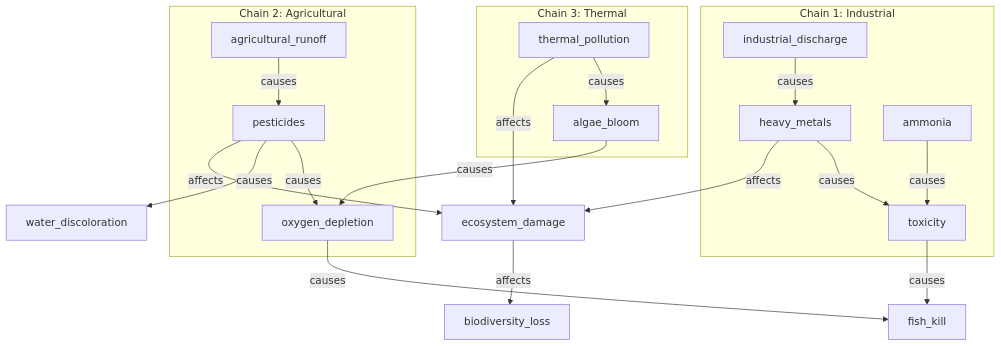
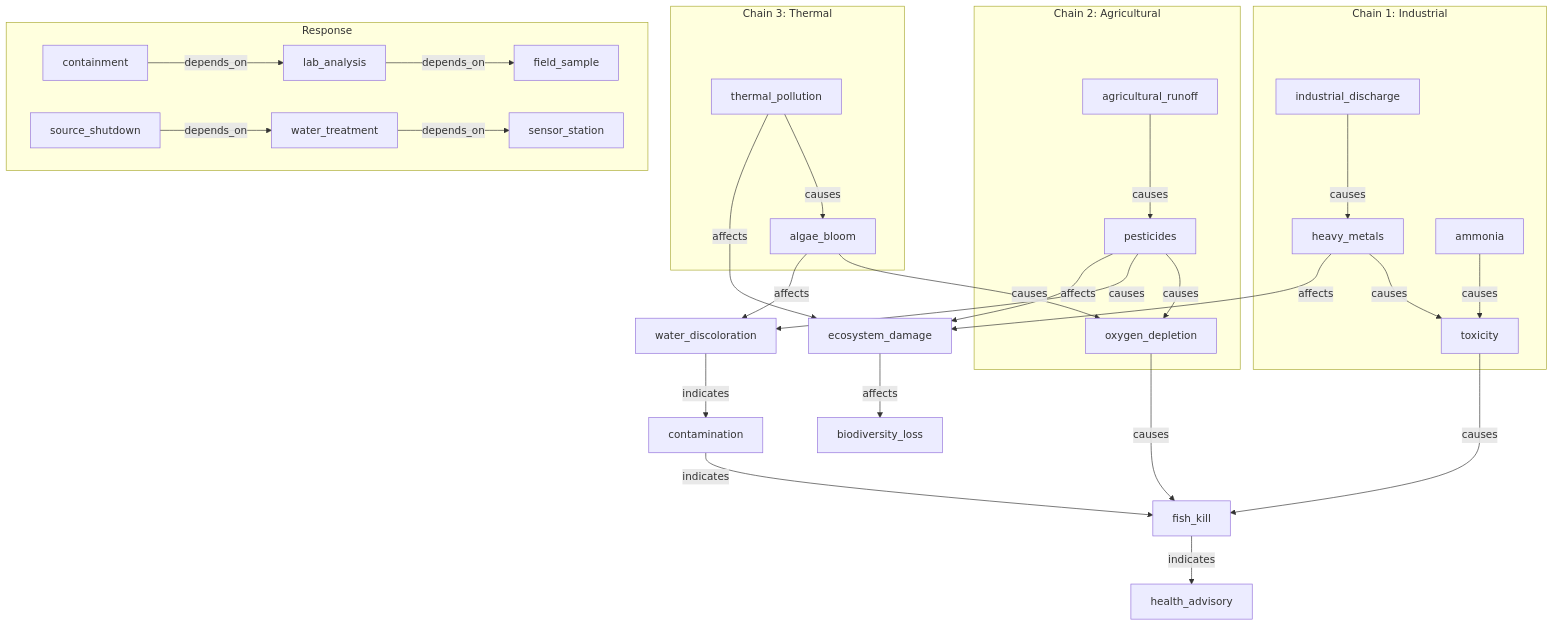
One commit to antquinonez/Hyper3 changed the first of 2 diagrams in examples/showcase/reasoning/multiway_diversity/README.md. Above: the diagram before and after it, drawn with Mermaid. The commit also changed other lines of this file, not shown here.

Commit message:
Fix mermaid diagrams: add missing edges and rules for completeness
Figure 1: add missing algae_bloom->water_discoloration affects edge,
depends_on subgraph (4 edges), and indicates subgraph (3 edges).
Phase 1: add missing TransitiveRule(indicates), InverseRule(depends_on),
InverseRule(affects) so all 8 registered rules are shown.

````diff
--- a/examples/showcase/reasoning/multiway_diversity/README.md
+++ b/examples/showcase/reasoning/multiway_diversity/README.md
@@ -80,27 +80,39 @@
 ```mermaid
 graph TB
     subgraph "Chain 1: Industrial"
         ID[industrial_discharge] -->|causes| HM[heavy_metals]
         HM -->|causes| TOX[toxicity]
         AM[ammonia] -->|causes| TOX
     end
 
     subgraph "Chain 2: Agricultural"
         AR[agricultural_runoff] -->|causes| PEST[pesticides]
         PEST -->|causes| OD[oxygen_depletion]
     end
 
     subgraph "Chain 3: Thermal"
         TP[thermal_pollution] -->|causes| AB[algae_bloom]
         AB -->|causes| OD
     end
 
     TOX -->|causes| FK[fish_kill]
     OD -->|causes| FK
     PEST -->|causes| WD[water_discoloration]
+    AB -->|affects| WD
 
     HM -->|affects| ED[ecosystem_damage]
     PEST -->|affects| ED
     TP -->|affects| ED
     ED -->|affects| BL[biodiversity_loss]
+
+    subgraph "Response"
+        CONT[containment] -->|depends_on| LAB[lab_analysis]
+        LAB -->|depends_on| FS[field_sample]
+        SS[source_shutdown] -->|depends_on| WT[water_treatment]
+        WT -->|depends_on| SS2[sensor_station]
+    end
+
+    WD -->|indicates| CONT2[contamination]
+    CONT2 -->|indicates| FK
+    FK -->|indicates| HA[health_advisory]
 ```
````
